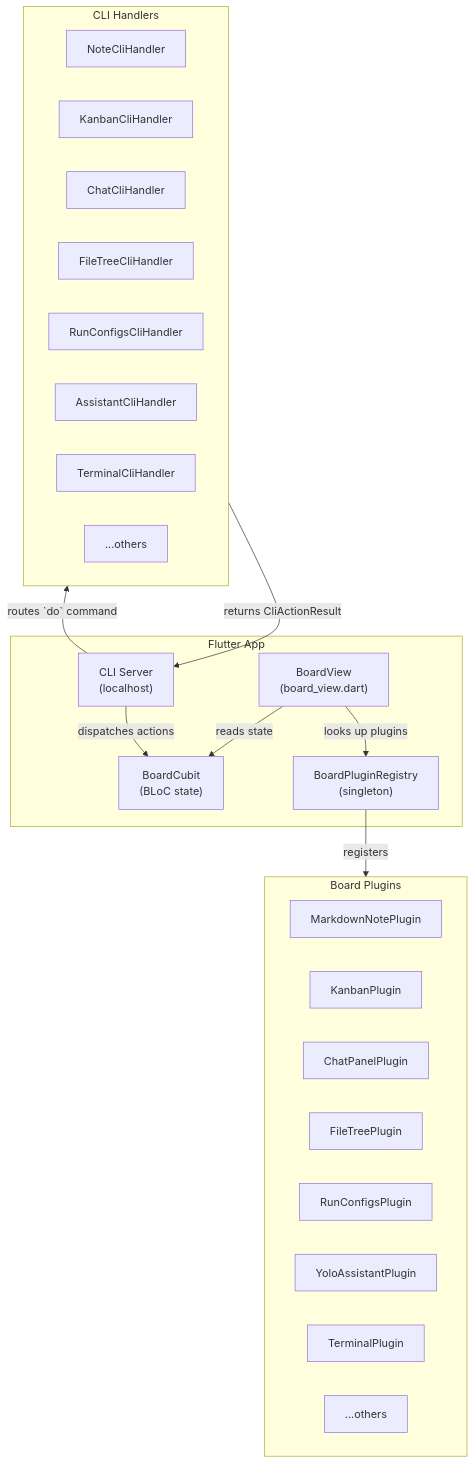
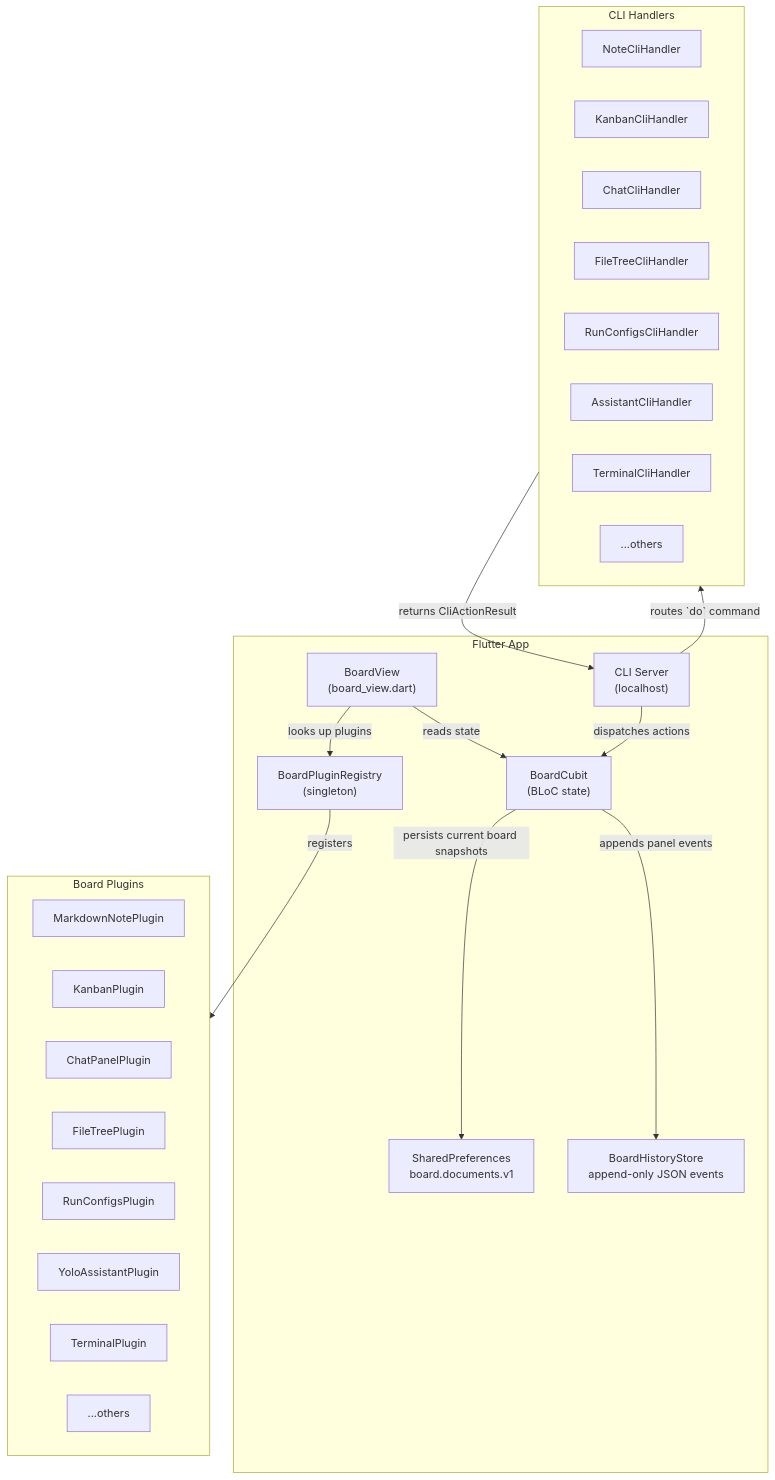
One commit to IstiN/yoloit changed the first of 9 diagrams in docs/board-architecture.md. Above: the diagram before and after it, drawn with Mermaid. The commit also changed other lines of this file and 12 other files, not shown here.

Commit message:
Add board history undo and Miro board controls

````diff
--- a/docs/board-architecture.md
+++ b/docs/board-architecture.md
@@ -9,40 +9,44 @@
 ```mermaid
 graph TB
     subgraph App["Flutter App"]
         BV["BoardView<br/>(board_view.dart)"]
         BC["BoardCubit<br/>(BLoC state)"]
         PR["BoardPluginRegistry<br/>(singleton)"]
         CS["CLI Server<br/>(localhost)"]
+        SP["SharedPreferences<br/>board.documents.v1"]
+        HS["BoardHistoryStore<br/>append-only JSON events"]
     end
 
     BV -->|reads state| BC
     BV -->|looks up plugins| PR
     CS -->|dispatches actions| BC
+    BC -->|persists current board snapshots| SP
+    BC -->|appends panel events| HS
 
     subgraph Plugins["Board Plugins"]
         P1["MarkdownNotePlugin"]
         P2["KanbanPlugin"]
         P3["ChatPanelPlugin"]
         P4["FileTreePlugin"]
         P5["RunConfigsPlugin"]
         P6["YoloAssistantPlugin"]
         P7["TerminalPlugin"]
         P8["...others"]
     end
 
     PR -->|registers| Plugins
 
     subgraph Handlers["CLI Handlers"]
         H1["NoteCliHandler"]
         H2["KanbanCliHandler"]
         H3["ChatCliHandler"]
         H4["FileTreeCliHandler"]
         H5["RunConfigsCliHandler"]
         H6["AssistantCliHandler"]
         H7["TerminalCliHandler"]
         H8["...others"]
     end
 
     CS -->|routes `do` command| Handlers
     Handlers -->|returns CliActionResult| CS
 ```
````
